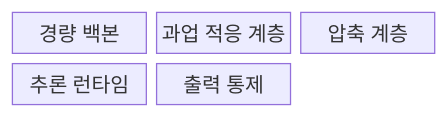
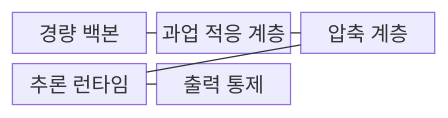
The first of 2 diagrams in src/content/docs/notes/08-latest-tech/049_small_language_model.md (agnusdei1207/knowledge-base), drawn with Mermaid before and after one commit. The commit also changed other lines of this file and 228 other files, not shown here.

````diff
--- a/src/content/docs/notes/08-latest-tech/049_small_language_model.md
+++ b/src/content/docs/notes/08-latest-tech/049_small_language_model.md
@@ -56,9 +56,13 @@
 ```mermaid
 block-beta
     columns 3
     B["경량 백본"]
     T["과업 적응 계층"]
     C["압축 계층"]
     R["추론 런타임"]
     G["출력 통제"]
+    B --- T
+    T --- C
+    C --- R
+    R --- G
 ```
````
